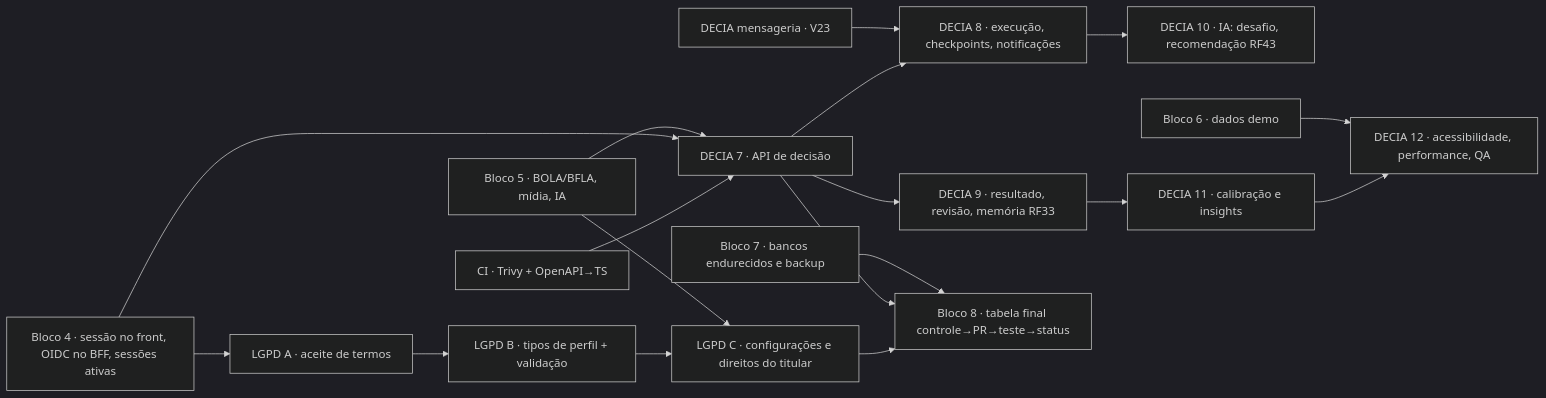
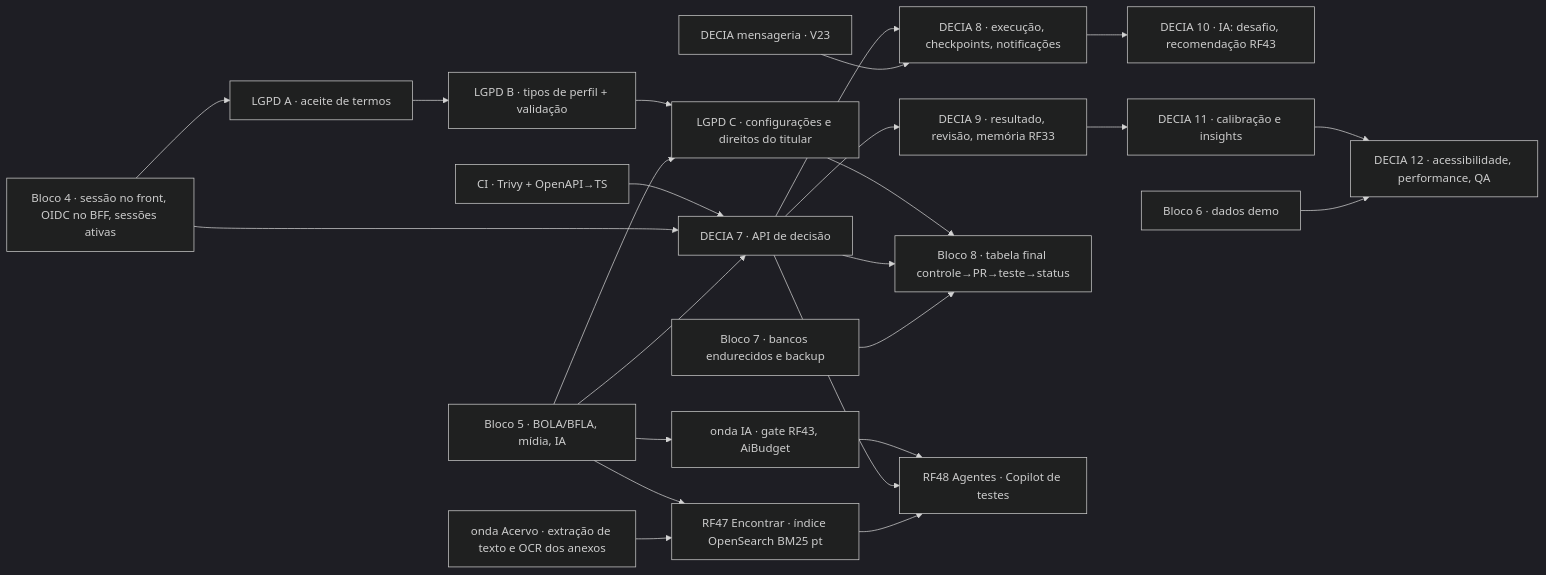
Before and after one commit to MatheusHaliski/Decia-app-2026: the diagram in docs/PLANO_EXECUCAO.md, drawn with Mermaid (dark theme). The commit also changed other lines of this file and 4 other files, not shown here.

````diff
--- a/docs/PLANO_EXECUCAO.md
+++ b/docs/PLANO_EXECUCAO.md
@@ -21,20 +22,26 @@
 ```mermaid
 flowchart LR
   MSG[DECIA mensageria · V23] --> D8
   B4[Bloco 4 · sessão no front, OIDC no BFF, sessões ativas] --> LA
   B5[Bloco 5 · BOLA/BFLA, mídia, IA] --> D7
   B5 --> LC
   B4 --> D7[DECIA 7 · API de decisão]
   D7 --> D8[DECIA 8 · execução, checkpoints, notificações]
   D7 --> D9[DECIA 9 · resultado, revisão, memória RF33]
   D8 --> D10[DECIA 10 · IA: desafio, recomendação RF43]
   D9 --> D11[DECIA 11 · calibração e insights]
   LA[LGPD A · aceite de termos] --> LB[LGPD B · tipos de perfil + validação]
   LB --> LC[LGPD C · configurações e direitos do titular]
   B6[Bloco 6 · dados demo] --> D12
   B7[Bloco 7 · bancos endurecidos e backup] --> B8
   CI[CI · Trivy + OpenAPI→TS] --> D7
   D7 --> B8[Bloco 8 · tabela final controle→PR→teste→status]
   LC --> B8
   D11 --> D12[DECIA 12 · acessibilidade, performance, QA]
+  ACV[onda Acervo · extração de texto e OCR dos anexos] --> RF47[RF47 Encontrar · índice OpenSearch BM25 pt]
+  B5 --> RF47
+  RF47 --> RF48[RF48 Agentes · Copilot de testes]
+  D7 --> RF48
+  IA43[onda IA · gate RF43, AiBudget] --> RF48
+  B5 --> IA43
 ```
````
